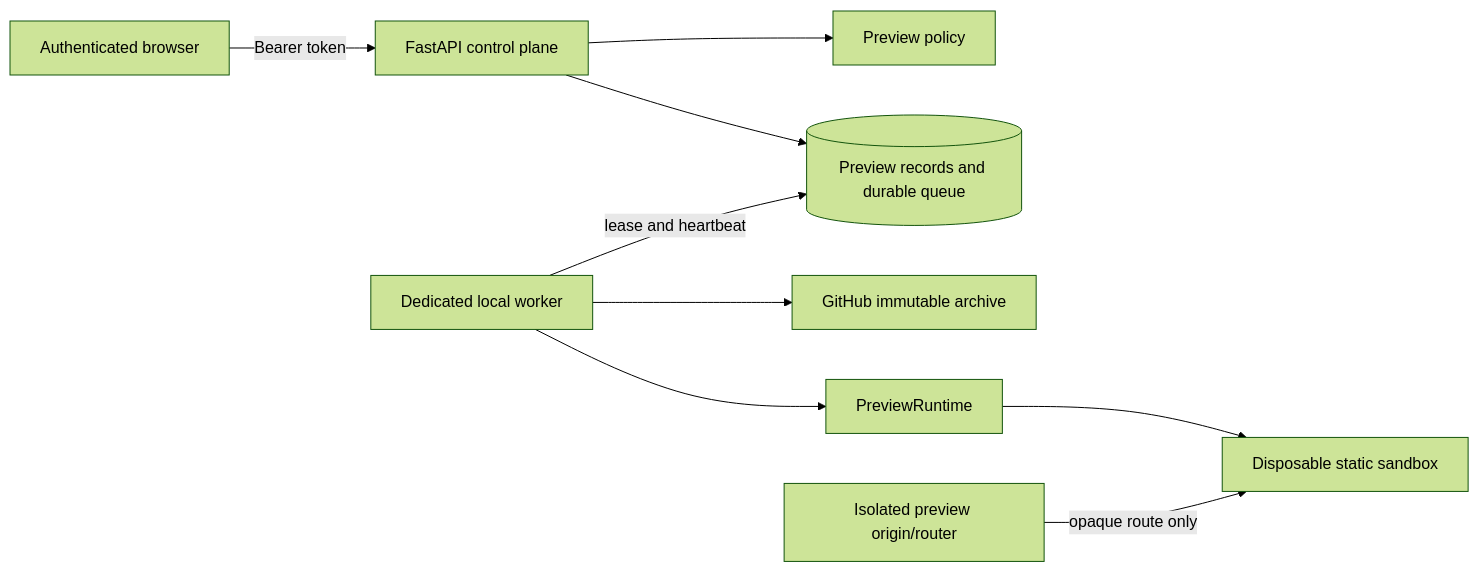
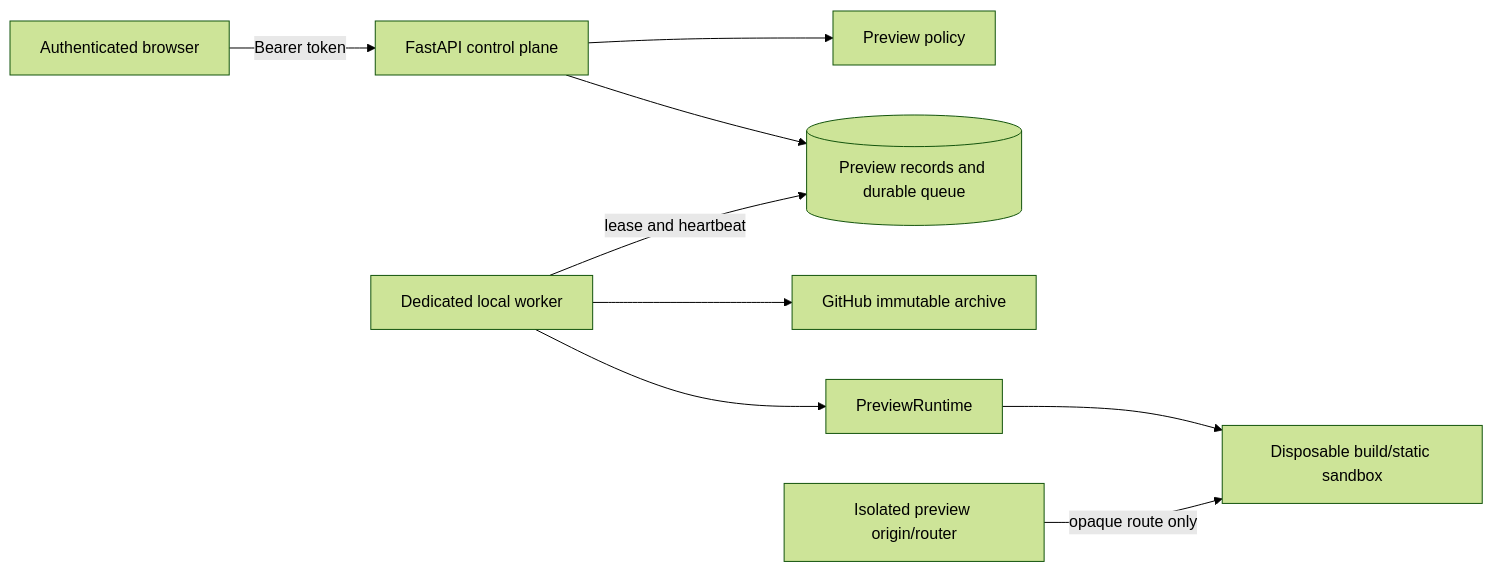
One commit to AvinashEdari/repolive changed the diagram in docs/architecture/ISOLATED_PREVIEWS.md. Above: the diagram before and after it, drawn with Mermaid (forest theme). The commit also changed other lines of this file and 20 other files, not shown here.

````diff
--- a/docs/architecture/ISOLATED_PREVIEWS.md
+++ b/docs/architecture/ISOLATED_PREVIEWS.md
@@ -15,11 +17,11 @@
 ```mermaid
 flowchart LR
   B["Authenticated browser"] -->|Bearer token| A["FastAPI control plane"]
   A --> P["Preview policy"]
   A --> D[("Preview records and durable queue")]
   W["Dedicated local worker"] -->|lease and heartbeat| D
   W --> G["GitHub immutable archive"]
   W --> R["PreviewRuntime"]
-  R --> S["Disposable static sandbox"]
+  R --> S["Disposable build/static sandbox"]
   X["Isolated preview origin/router"] -->|opaque route only| S
 ```
````
